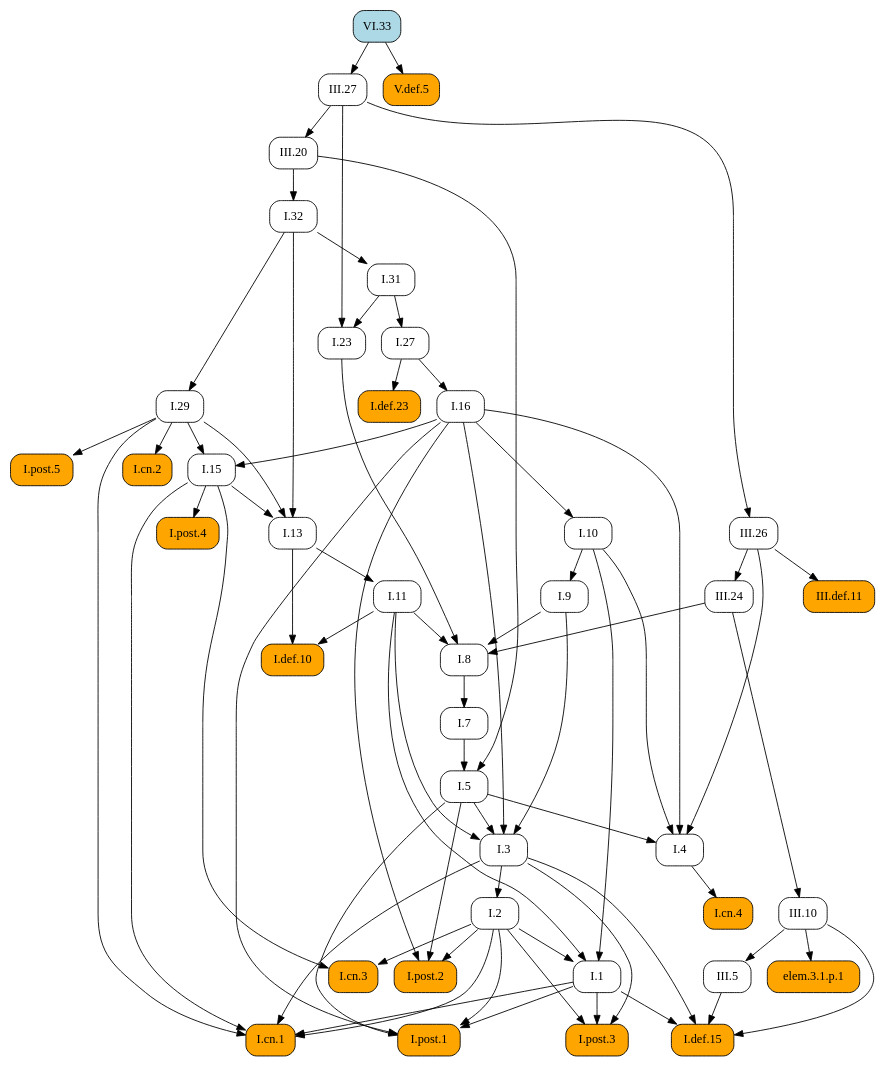
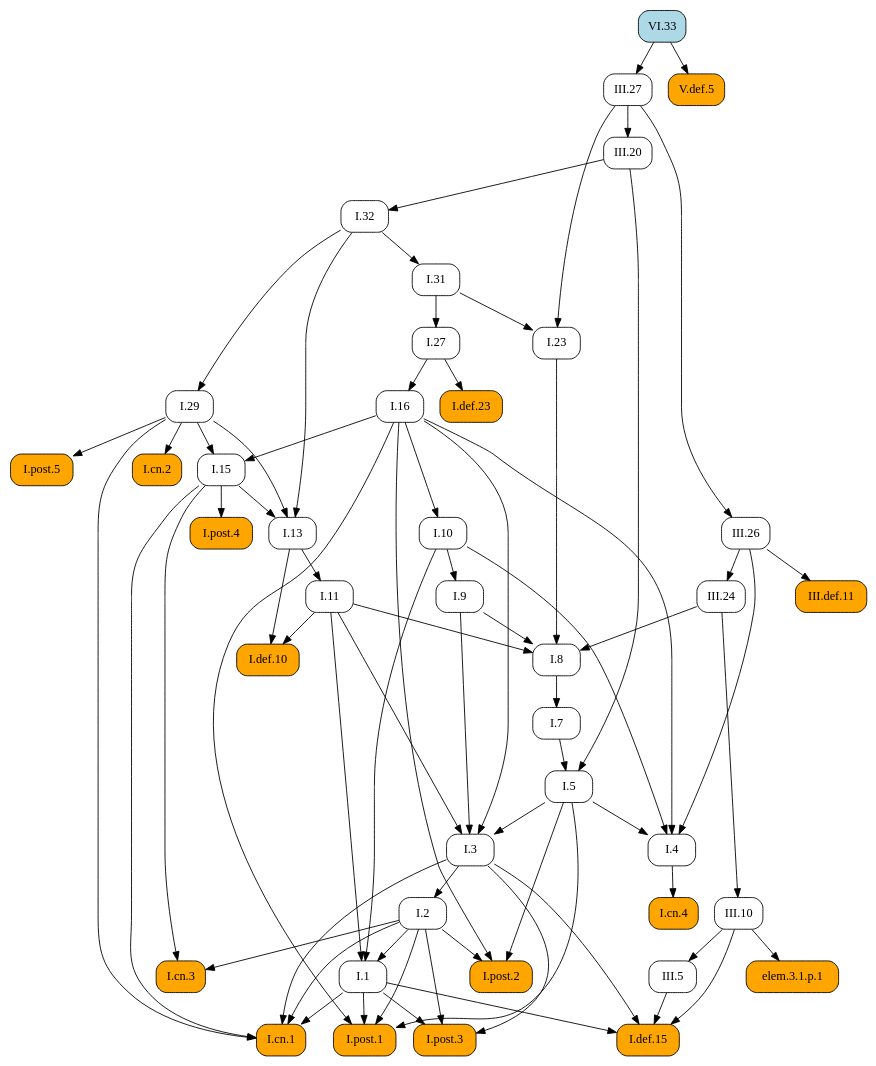
The diagram in docsrc/heath/VI/33/index.rst (geometor/elements), drawn with Graphviz before and after one commit. The commit also changed other lines of this file and 1029 other files, not shown here.

```diff
--- a/docsrc/heath/VI/33/index.rst
+++ b/docsrc/heath/VI/33/index.rst
@@ -47,115 +47,115 @@
    digraph {
      rankdir="TB";
      node [shape=box, style=rounded];
+     "I.def.10" [style="rounded,filled", fillcolor=orange, URL="/heath/I/def.10/", target="_top"];
+     "I.11" [URL="/heath/I/11/", target="_top"];
+     "I.post.4" [style="rounded,filled", fillcolor=orange, URL="/heath/I/post.4/", target="_top"];
+     "I.1" [URL="/heath/I/1/", target="_top"];
+     "III.26" [URL="/heath/III/26/", target="_top"];
+     "V.def.5" [style="rounded,filled", fillcolor=orange, URL="/heath/V/def.5/", target="_top"];
+     "III.20" [URL="/heath/III/20/", target="_top"];
+     "I.29" [URL="/heath/I/29/", target="_top"];
+     "elem.3.1.p.1" [style="rounded,filled", fillcolor=orange];
+     "I.cn.2" [style="rounded,filled", fillcolor=orange, URL="/heath/I/cn.2/", target="_top"];
+     "III.def.11" [style="rounded,filled", fillcolor=orange, URL="/heath/III/def.11/", target="_top"];
+     "I.def.15" [style="rounded,filled", fillcolor=orange, URL="/heath/I/def.15/", target="_top"];
+     "I.post.3" [style="rounded,filled", fillcolor=orange, URL="/heath/I/post.3/", target="_top"];
+     "I.cn.1" [style="rounded,filled", fillcolor=orange, URL="/heath/I/cn.1/", target="_top"];
      "I.cn.3" [style="rounded,filled", fillcolor=orange, URL="/heath/I/cn.3/", target="_top"];
-     "III.def.11" [style="rounded,filled", fillcolor=orange, URL="/heath/III/def.11/", target="_top"];
+     "I.23" [URL="/heath/I/23/", target="_top"];
+     "I.post.1" [style="rounded,filled", fillcolor=orange, URL="/heath/I/post.1/", target="_top"];
+     "III.24" [URL="/heath/III/24/", target="_top"];
+     "VI.33" [style="rounded,filled", fillcolor=lightblue, URL="/heath/VI/33/", target="_top"];
+     "I.27" [URL="/heath/I/27/", target="_top"];
      "I.7" [URL="/heath/I/7/", target="_top"];
-     "I.29" [URL="/heath/I/29/", target="_top"];
-     "I.27" [URL="/heath/I/27/", target="_top"];
+     "I.3" [URL="/heath/I/3/", target="_top"];
+     "I.2" [URL="/heath/I/2/", target="_top"];
+     "I.4" [URL="/heath/I/4/", target="_top"];
      "I.def.23" [style="rounded,filled", fillcolor=orange, URL="/heath/I/def.23/", target="_top"];
-     "I.8" [URL="/heath/I/8/", target="_top"];
+     "I.13" [URL="/heath/I/13/", target="_top"];
+     "I.post.2" [style="rounded,filled", fillcolor=orange, URL="/heath/I/post.2/", target="_top"];
+     "I.31" [URL="/heath/I/31/", target="_top"];
+     "I.16" [URL="/heath/I/16/", target="_top"];
      "III.10" [URL="/heath/III/10/", target="_top"];
      "I.9" [URL="/heath/I/9/", target="_top"];
-     "III.20" [URL="/heath/III/20/", target="_top"];
-     "I.post.4" [style="rounded,filled", fillcolor=orange, URL="/heath/I/post.4/", target="_top"];
-     "I.2" [URL="/heath/I/2/", target="_top"];
-     "I.def.15" [style="rounded,filled", fillcolor=orange, URL="/heath/I/def.15/", target="_top"];
-     "I.1" [URL="/heath/I/1/", target="_top"];
-     "I.post.1" [style="rounded,filled", fillcolor=orange, URL="/heath/I/post.1/", target="_top"];
      "III.27" [URL="/heath/III/27/", target="_top"];
+     "I.8" [URL="/heath/I/8/", target="_top"];
+     "I.32" [URL="/heath/I/32/", target="_top"];
      "I.cn.4" [style="rounded,filled", fillcolor=orange, URL="/heath/I/cn.4/", target="_top"];
-     "elem.3.1.p.1" [style="rounded,filled", fillcolor=orange];
-     "VI.33" [style="rounded,filled", fillcolor=lightblue, URL="/heath/VI/33/", target="_top"];
-     "I.23" [URL="/heath/I/23/", target="_top"];
-     "I.13" [URL="/heath/I/13/", target="_top"];
+     "I.15" [URL="/heath/I/15/", target="_top"];
+     "I.post.5" [style="rounded,filled", fillcolor=orange, URL="/heath/I/post.5/", target="_top"];
+     "I.10" [URL="/heath/I/10/", target="_top"];
+     "I.5" [URL="/heath/I/5/", target="_top"];
      "III.5" [URL="/heath/III/5/", target="_top"];
-     "I.cn.2" [style="rounded,filled", fillcolor=orange, URL="/heath/I/cn.2/", target="_top"];
-     "I.5" [URL="/heath/I/5/", target="_top"];
-     "I.11" [URL="/heath/I/11/", target="_top"];
-     "I.10" [URL="/heath/I/10/", target="_top"];
-     "I.4" [URL="/heath/I/4/", target="_top"];
-     "I.3" [URL="/heath/I/3/", target="_top"];
-     "I.16" [URL="/heath/I/16/", target="_top"];
-     "III.26" [URL="/heath/III/26/", target="_top"];
-     "I.31" [URL="/heath/I/31/", target="_top"];
-     "I.def.10" [style="rounded,filled", fillcolor=orange, URL="/heath/I/def.10/", target="_top"];
-     "I.post.2" [style="rounded,filled", fillcolor=orange, URL="/heath/I/post.2/", target="_top"];
-     "III.24" [URL="/heath/III/24/", target="_top"];
-     "I.post.3" [style="rounded,filled", fillcolor=orange, URL="/heath/I/post.3/", target="_top"];
-     "I.post.5" [style="rounded,filled", fillcolor=orange, URL="/heath/I/post.5/", target="_top"];
-     "I.15" [URL="/heath/I/15/", target="_top"];
-     "I.cn.1" [style="rounded,filled", fillcolor=orange, URL="/heath/I/cn.1/", target="_top"];
-     "I.32" [URL="/heath/I/32/", target="_top"];
-     "V.def.5" [style="rounded,filled", fillcolor=orange, URL="/heath/V/def.5/", target="_top"];
-     "I.2" -> "I.cn.3";
-     "I.15" -> "I.cn.3";
+     "I.11" -> "I.def.10";
+     "I.13" -> "I.def.10";
+     "I.13" -> "I.11";
+     "I.15" -> "I.post.4";
+     "I.2" -> "I.1";
+     "I.10" -> "I.1";
+     "I.11" -> "I.1";
+     "III.27" -> "III.26";
+     "VI.33" -> "V.def.5";
+     "III.27" -> "III.20";
+     "I.32" -> "I.29";
+     "III.10" -> "elem.3.1.p.1";
+     "I.29" -> "I.cn.2";
      "III.26" -> "III.def.11";
-     "I.8" -> "I.7";
-     "I.32" -> "I.29";
-     "I.31" -> "I.27";
-     "I.27" -> "I.def.23";
-     "I.9" -> "I.8";
-     "I.11" -> "I.8";
-     "I.23" -> "I.8";
-     "III.24" -> "I.8";
-     "III.24" -> "III.10";
-     "I.10" -> "I.9";
-     "III.27" -> "III.20";
-     "I.15" -> "I.post.4";
-     "I.3" -> "I.2";
      "I.1" -> "I.def.15";
      "I.3" -> "I.def.15";
      "III.5" -> "I.def.15";
      "III.10" -> "I.def.15";
-     "I.2" -> "I.1";
-     "I.10" -> "I.1";
-     "I.11" -> "I.1";
-     "I.1" -> "I.post.1";
-     "I.2" -> "I.post.1";
-     "I.5" -> "I.post.1";
-     "I.16" -> "I.post.1";
-     "VI.33" -> "III.27";
-     "I.4" -> "I.cn.4";
-     "III.10" -> "elem.3.1.p.1";
-     "I.31" -> "I.23";
-     "III.27" -> "I.23";
-     "I.15" -> "I.13";
-     "I.29" -> "I.13";
-     "I.32" -> "I.13";
-     "III.10" -> "III.5";
-     "I.29" -> "I.cn.2";
-     "I.7" -> "I.5";
-     "III.20" -> "I.5";
-     "I.13" -> "I.11";
-     "I.16" -> "I.10";
-     "I.5" -> "I.4";
-     "I.10" -> "I.4";
-     "I.16" -> "I.4";
-     "III.26" -> "I.4";
-     "I.5" -> "I.3";
-     "I.9" -> "I.3";
-     "I.11" -> "I.3";
-     "I.16" -> "I.3";
-     "I.27" -> "I.16";
-     "III.27" -> "III.26";
-     "I.32" -> "I.31";
-     "I.11" -> "I.def.10";
-     "I.13" -> "I.def.10";
-     "I.2" -> "I.post.2";
-     "I.5" -> "I.post.2";
-     "I.16" -> "I.post.2";
-     "III.26" -> "III.24";
      "I.1" -> "I.post.3";
      "I.2" -> "I.post.3";
      "I.3" -> "I.post.3";
-     "I.29" -> "I.post.5";
-     "I.16" -> "I.15";
-     "I.29" -> "I.15";
      "I.1" -> "I.cn.1";
      "I.2" -> "I.cn.1";
      "I.3" -> "I.cn.1";
      "I.15" -> "I.cn.1";
      "I.29" -> "I.cn.1";
+     "I.2" -> "I.cn.3";
+     "I.15" -> "I.cn.3";
+     "I.31" -> "I.23";
+     "III.27" -> "I.23";
+     "I.1" -> "I.post.1";
+     "I.2" -> "I.post.1";
+     "I.5" -> "I.post.1";
+     "I.16" -> "I.post.1";
+     "III.26" -> "III.24";
+     "I.31" -> "I.27";
+     "I.8" -> "I.7";
+     "I.5" -> "I.3";
+     "I.9" -> "I.3";
+     "I.11" -> "I.3";
+     "I.16" -> "I.3";
+     "I.3" -> "I.2";
+     "I.5" -> "I.4";
+     "I.10" -> "I.4";
+     "I.16" -> "I.4";
+     "III.26" -> "I.4";
+     "I.27" -> "I.def.23";
+     "I.15" -> "I.13";
+     "I.29" -> "I.13";
+     "I.32" -> "I.13";
+     "I.2" -> "I.post.2";
+     "I.5" -> "I.post.2";
+     "I.16" -> "I.post.2";
+     "I.32" -> "I.31";
+     "I.27" -> "I.16";
+     "III.24" -> "III.10";
+     "I.10" -> "I.9";
+     "VI.33" -> "III.27";
+     "I.9" -> "I.8";
+     "I.11" -> "I.8";
+     "I.23" -> "I.8";
+     "III.24" -> "I.8";
      "III.20" -> "I.32";
-     "VI.33" -> "V.def.5";
+     "I.4" -> "I.cn.4";
+     "I.16" -> "I.15";
+     "I.29" -> "I.15";
+     "I.29" -> "I.post.5";
+     "I.16" -> "I.10";
+     "I.7" -> "I.5";
+     "III.20" -> "I.5";
+     "III.10" -> "III.5";
    }
```
